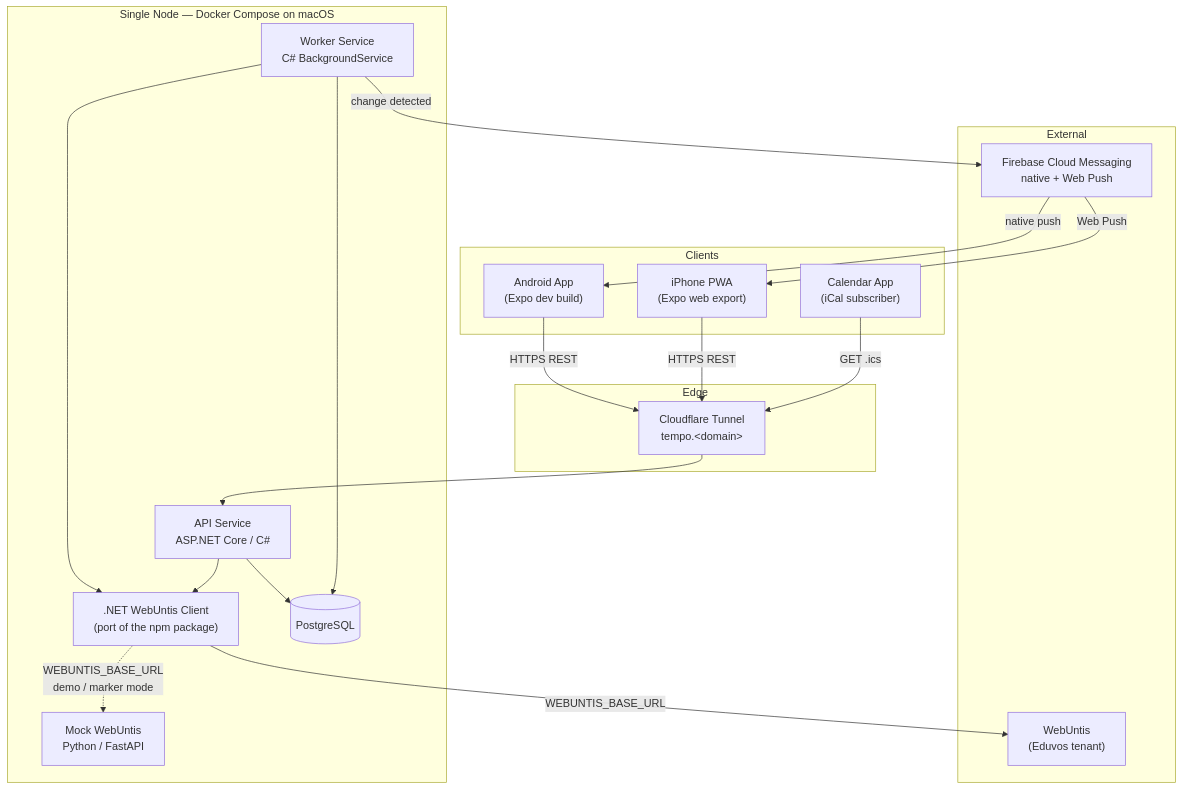
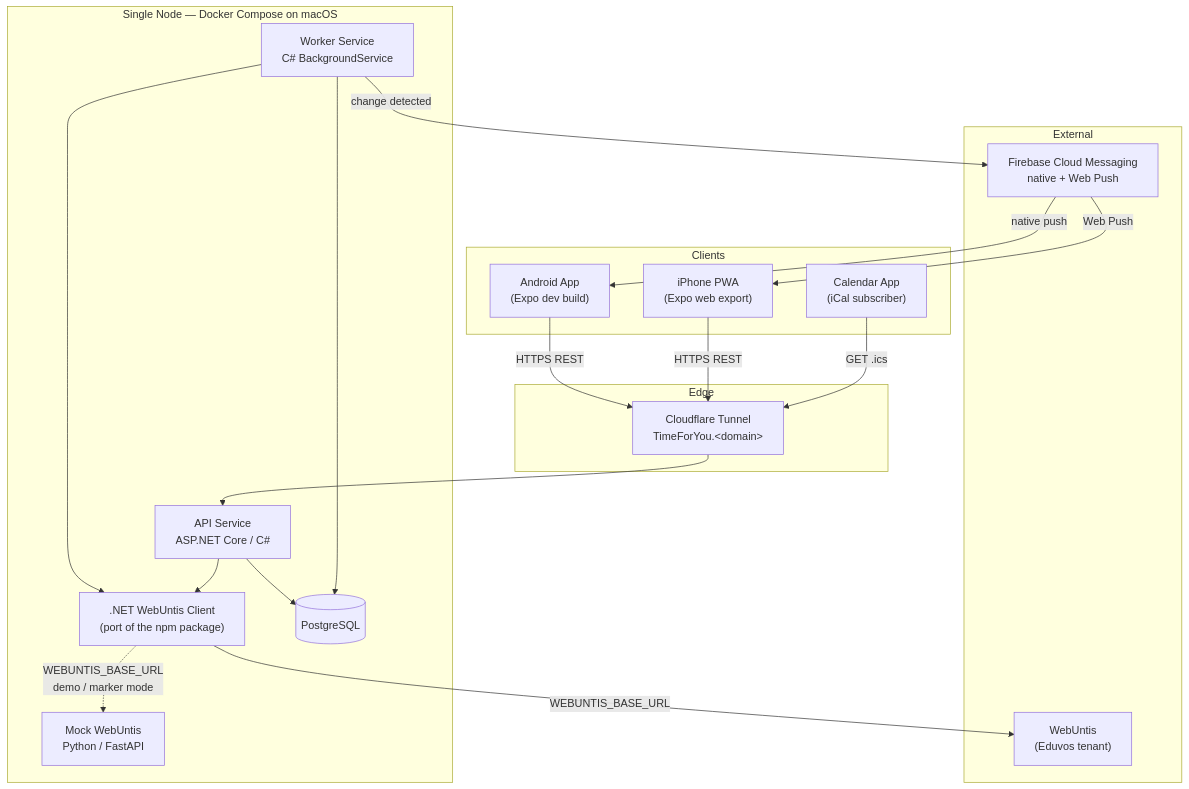
Before and after one commit to nbence-dev/TimeForYou: the third of 5 diagrams in PROJECT-BRIEF.md, drawn with Mermaid. The commit also changed other lines of this file and 12 other files, not shown here.

````diff
--- a/PROJECT-BRIEF.md
+++ b/PROJECT-BRIEF.md
@@ -596,42 +604,42 @@
 ```mermaid
 flowchart TB
     subgraph Clients["Clients"]
         AND["Android App<br/>(Expo dev build)"]
         IOS["iPhone PWA<br/>(Expo web export)"]
         CAL["Calendar App<br/>(iCal subscriber)"]
     end
 
     subgraph Edge["Edge"]
-        CF["Cloudflare Tunnel<br/>tempo.&lt;domain&gt;"]
+        CF["Cloudflare Tunnel<br/>TimeForYou.&lt;domain&gt;"]
     end
 
     subgraph Node["Single Node — Docker Compose on macOS"]
         API["API Service<br/>ASP.NET Core / C#"]
         WORK["Worker Service<br/>C# BackgroundService"]
         WU[".NET WebUntis Client<br/>(port of the npm package)"]
         DB[("PostgreSQL")]
         MOCK["Mock WebUntis<br/>Python / FastAPI"]
     end
 
     subgraph External["External"]
         REAL["WebUntis<br/>(Eduvos tenant)"]
         FCM["Firebase Cloud Messaging<br/>native + Web Push"]
     end
 
     AND -->|HTTPS REST| CF
     IOS -->|HTTPS REST| CF
     CAL -->|GET .ics| CF
     CF --> API
 
     API --> DB
     WORK --> DB
     WORK --> WU
     API --> WU
 
     WU -->|WEBUNTIS_BASE_URL| REAL
     WU -.->|WEBUNTIS_BASE_URL<br/>demo / marker mode| MOCK
 
     WORK -->|change detected| FCM
     FCM -->|native push| AND
     FCM -->|Web Push| IOS
 ```
````
